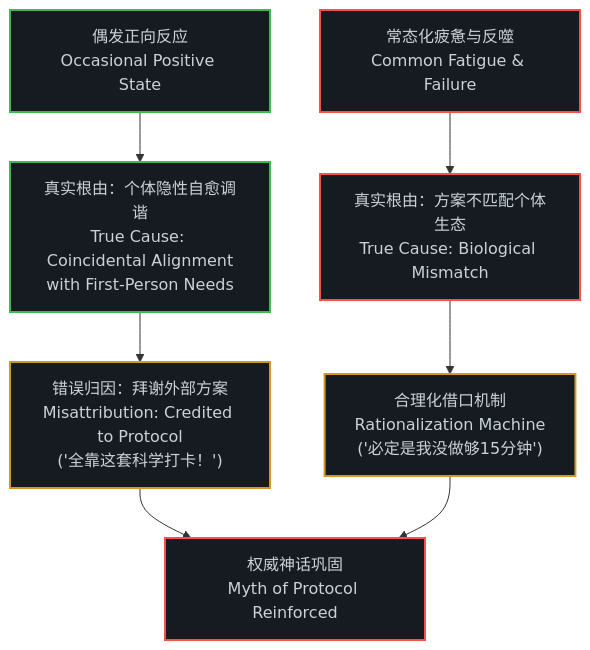
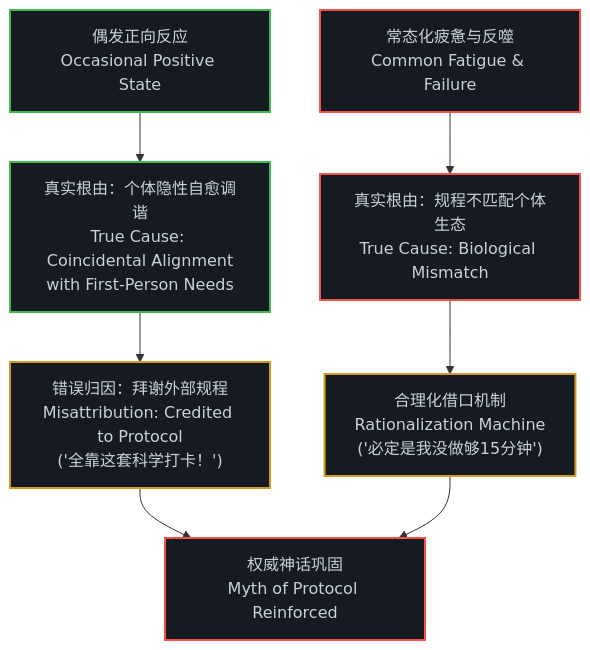
One commit to powerpig99/not-a-toe changed the third of 3 diagrams in content/posts/the-inversion-of-the-protocol-and-the-silencing-of-the-causal-loop.md. Above: the diagram before and after it, drawn with Mermaid. The commit also changed other lines of this file and 4 other files, not shown here.

````diff
--- a/content/posts/the-inversion-of-the-protocol-and-the-silencing-of-the-causal-loop.md
+++ b/content/posts/the-inversion-of-the-protocol-and-the-silencing-of-the-causal-loop.md
@@ -200,18 +200,18 @@
 ```mermaid
 graph TD
     A["偶发正向反应<br/>Occasional Positive State"] --> B["真实根由：个体隐性自愈调谐<br/>True Cause: Coincidental Alignment<br/>with First-Person Needs"]
-    B --> C["错误归因：拜谢外部方案<br/>Misattribution: Credited to Protocol<br/>('全靠这套科学打卡！')"]
+    B --> C["错误归因：拜谢外部规程<br/>Misattribution: Credited to Protocol<br/>('全靠这套科学打卡！')"]
     C --> D["权威神话巩固<br/>Myth of Protocol Reinforced"]
 
-    E["常态化疲惫与反噬<br/>Common Fatigue & Failure"] --> F["真实根由：方案不匹配个体生态<br/>True Cause: Biological Mismatch"]
+    E["常态化疲惫与反噬<br/>Common Fatigue & Failure"] --> F["真实根由：规程不匹配个体生态<br/>True Cause: Biological Mismatch"]
     F --> G["合理化借口机制<br/>Rationalization Machine<br/>('必定是我没做够15分钟')"]
     G --> D
 
     style A fill:#161b22,stroke:#3fb950,stroke-width:2px,color:#c9d1d9
     style B fill:#161b22,stroke:#3fb950,stroke-width:2px,color:#c9d1d9
     style C fill:#161b22,stroke:#d29922,stroke-width:2px,color:#c9d1d9
     style D fill:#161b22,stroke:#f85149,stroke-width:2px,color:#c9d1d9
     style E fill:#161b22,stroke:#f85149,stroke-width:2px,color:#c9d1d9
     style F fill:#161b22,stroke:#f85149,stroke-width:2px,color:#c9d1d9
     style G fill:#161b22,stroke:#d29922,stroke-width:2px,color:#c9d1d9
 ```
````
